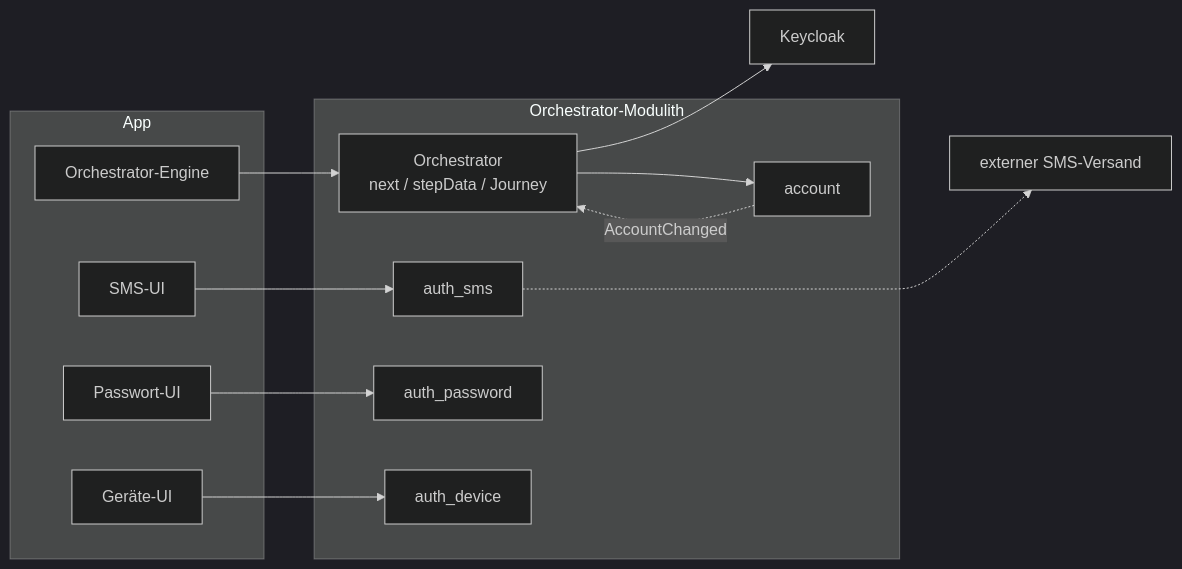
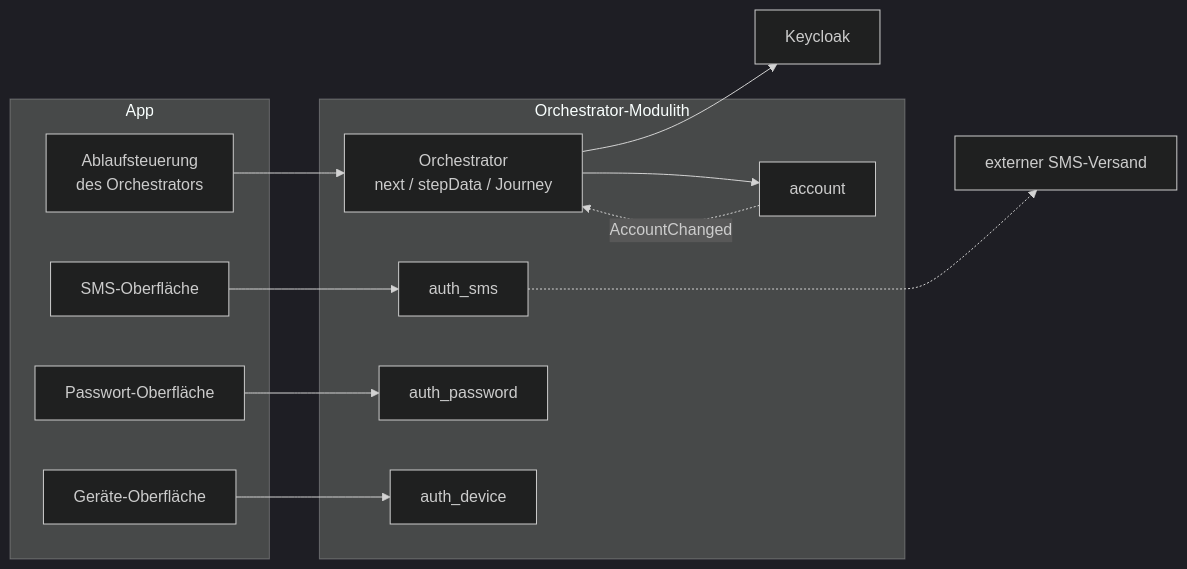
The diagram in docs/10-frontend.md (rpreissel/DPoP-demo), drawn with Mermaid (dark theme) before and after one commit. The commit also changed other lines of this file and 67 other files, not shown here.

````diff
--- a/docs/10-frontend.md
+++ b/docs/10-frontend.md
@@ -12,32 +13,32 @@
 ```mermaid
 flowchart LR
   subgraph App["App"]
-    NE["Orchestrator-Engine"]
-    UI1["SMS-UI"]
-    UI2["Passwort-UI"]
-    UI3["Geräte-UI"]
+    NE["Ablaufsteuerung<br/>des Orchestrators"]
+    UI1["SMS-Oberfläche"]
+    UI2["Passwort-Oberfläche"]
+    UI3["Geräte-Oberfläche"]
   end
 
   subgraph Backend["Orchestrator-Modulith"]
     O["Orchestrator<br/>next / stepData / Journey"]
     AC["account"]
     M1["auth_sms"]
     M2["auth_password"]
     M3["auth_device"]
   end
 
   KC["Keycloak"]
   EXT1["externer SMS-Versand"]
   KC ~~~ EXT1
 
   NE --> O
   O --> KC
   O --> AC
   AC -.->|AccountChanged| O
 
   UI1 --> M1
   UI2 --> M2
   UI3 --> M3
 
   M1 -.-> EXT1
 ```
````
